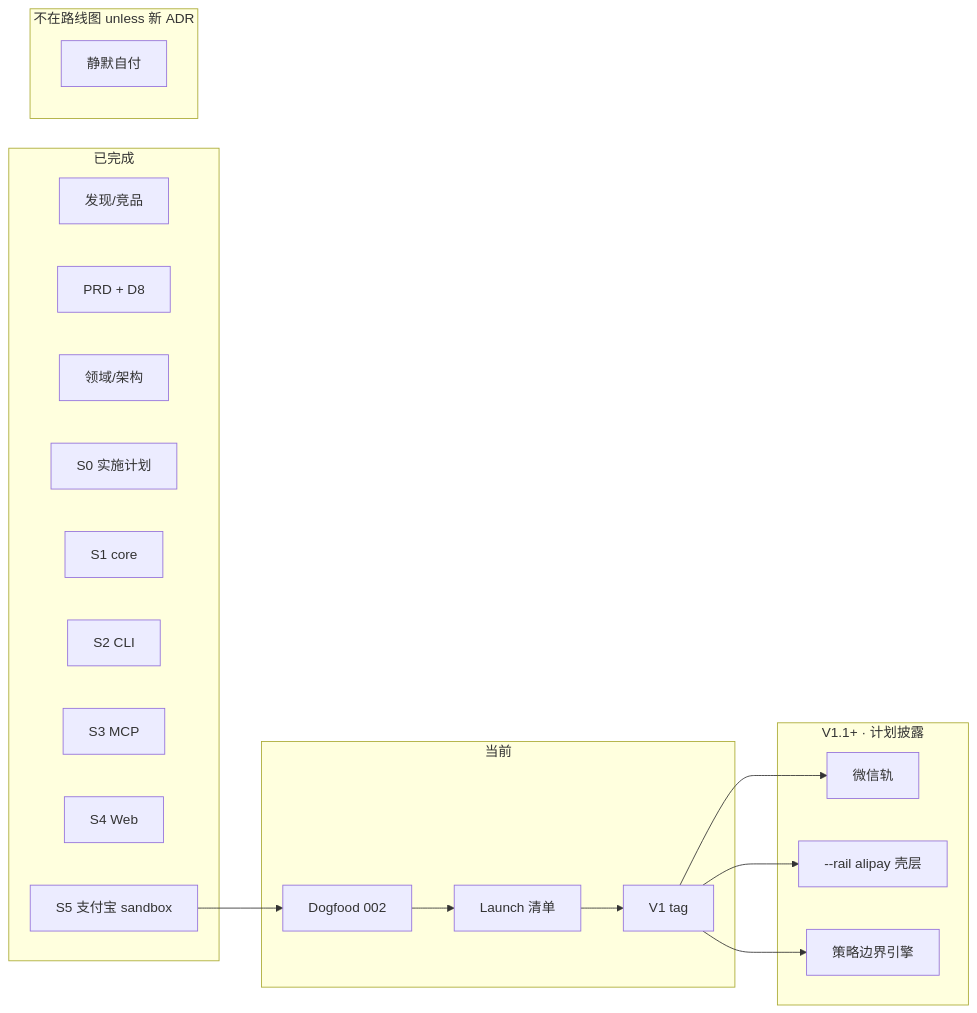
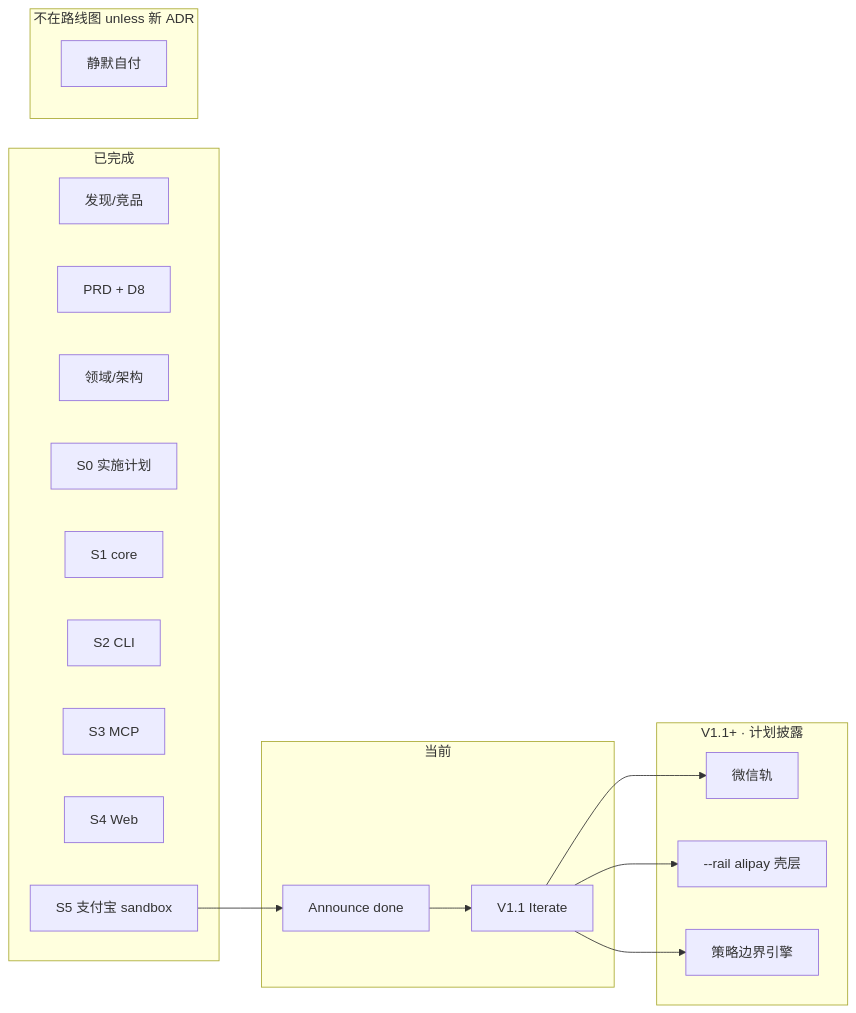
The diagram in ROADMAP.md (NinjaSln-labs/qingfu-envoy), drawn with Mermaid before and after one commit. The commit also changed other lines of this file and 20 other files, not shown here.

````diff
--- a/ROADMAP.md
+++ b/ROADMAP.md
@@ -29,31 +29,30 @@
 ```mermaid
 flowchart LR
   subgraph done [已完成]
     D0[发现/竞品]
     D1[PRD + D8]
     D2[领域/架构]
     D3[S0 实施计划]
     S1[S1 core]
     S2[S2 CLI]
     S3[S3 MCP]
     S4[S4 Web]
     S5[S5 支付宝 sandbox]
   end
   subgraph now [当前]
-    DF[Dogfood 002]
-    LP[Launch 清单]
-    V1[V1 tag]
+    AN[Announce done]
+    IT[V1.1 Iterate]
   end
   subgraph later [V1.1+ · 计划披露]
     W[微信轨]
     R[--rail alipay 壳层]
     P[策略边界引擎]
   end
   subgraph never [不在路线图 unless 新 ADR]
     X[静默自付]
   end
-  S5 --> DF --> LP --> V1
-  V1 --> W
-  V1 --> R
-  V1 --> P
+  S5 --> AN --> IT
+  IT --> W
+  IT --> R
+  IT --> P
 ```
````
